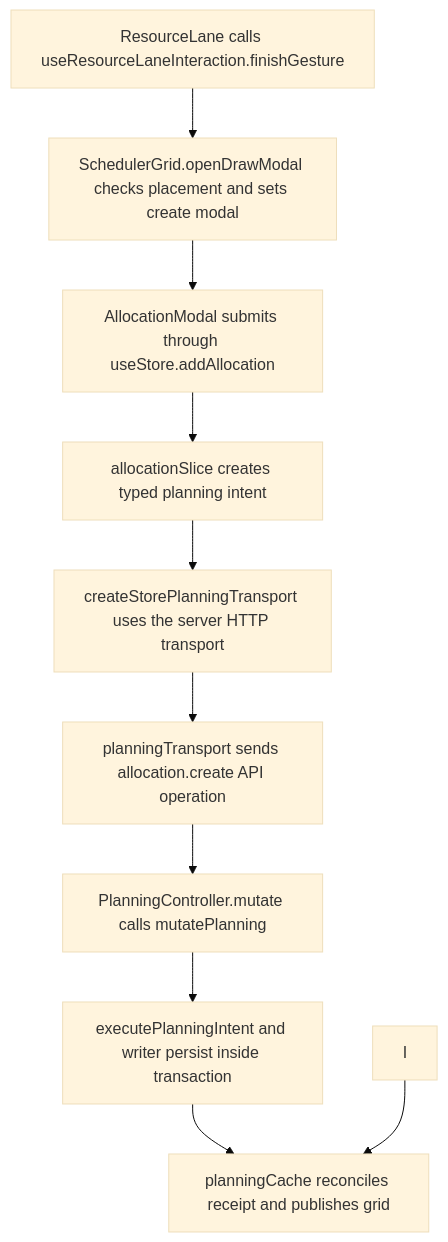
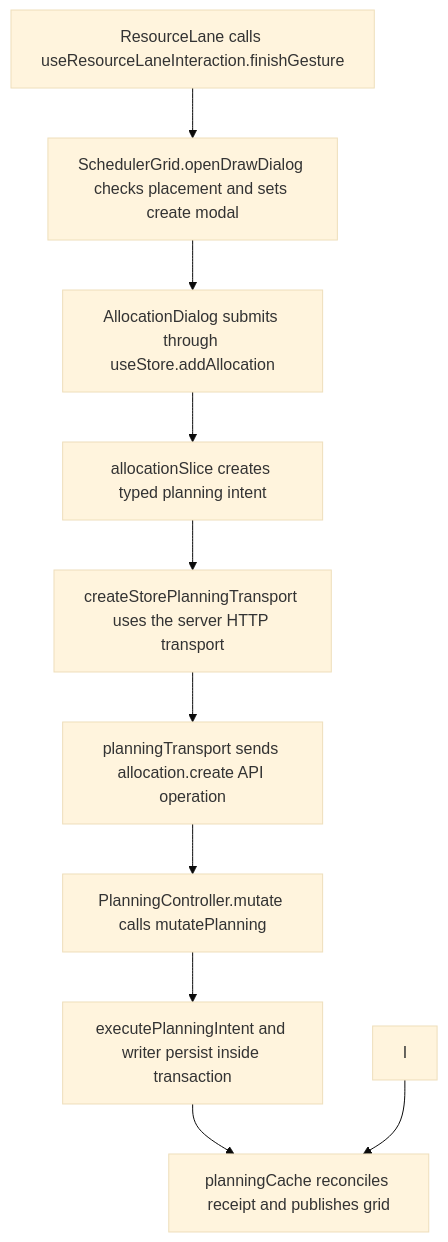
The second of 2 diagrams in user-stories/scheduler/US-SCH-02-draw-allocation.md (Kevinjohn/capacitylens), drawn with Mermaid (base theme) before and after one commit. The commit also changed other lines of this file and 47 other files, not shown here.

First line of the commit message:
Allocation dialog: rename allocation modal files and types

````diff
--- a/user-stories/scheduler/US-SCH-02-draw-allocation.md
+++ b/user-stories/scheduler/US-SCH-02-draw-allocation.md
@@ -39,12 +39,12 @@
 ```mermaid
 flowchart TD
-  A["ResourceLane calls useResourceLaneInteraction.finishGesture"] --> B["SchedulerGrid.openDrawModal checks placement and sets create modal"]
-  B --> C["AllocationModal submits through useStore.addAllocation"]
+  A["ResourceLane calls useResourceLaneInteraction.finishGesture"] --> B["SchedulerGrid.openDrawDialog checks placement and sets create modal"]
+  B --> C["AllocationDialog submits through useStore.addAllocation"]
   C --> D["allocationSlice creates typed planning intent"]
   D --> E["createStorePlanningTransport uses the server HTTP transport"]
   E --> F["planningTransport sends allocation.create API operation"]
   F --> G["PlanningController.mutate calls mutatePlanning"]
   G --> H["executePlanningIntent and writer persist inside transaction"]
   H --> J["planningCache reconciles receipt and publishes grid"]
   I --> J
 ```
````
